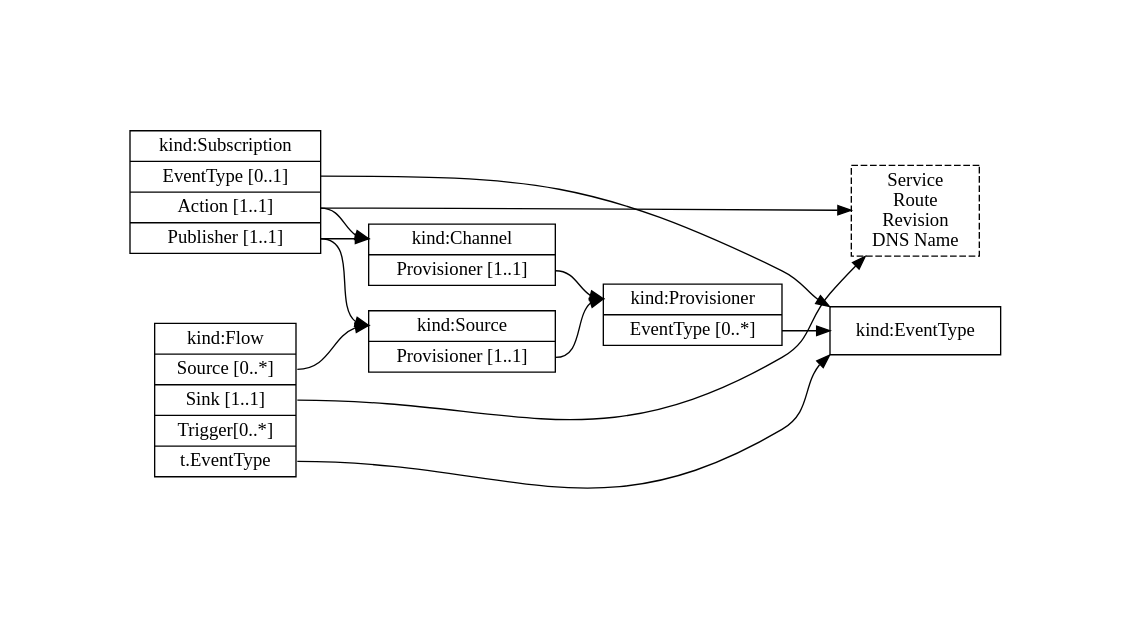
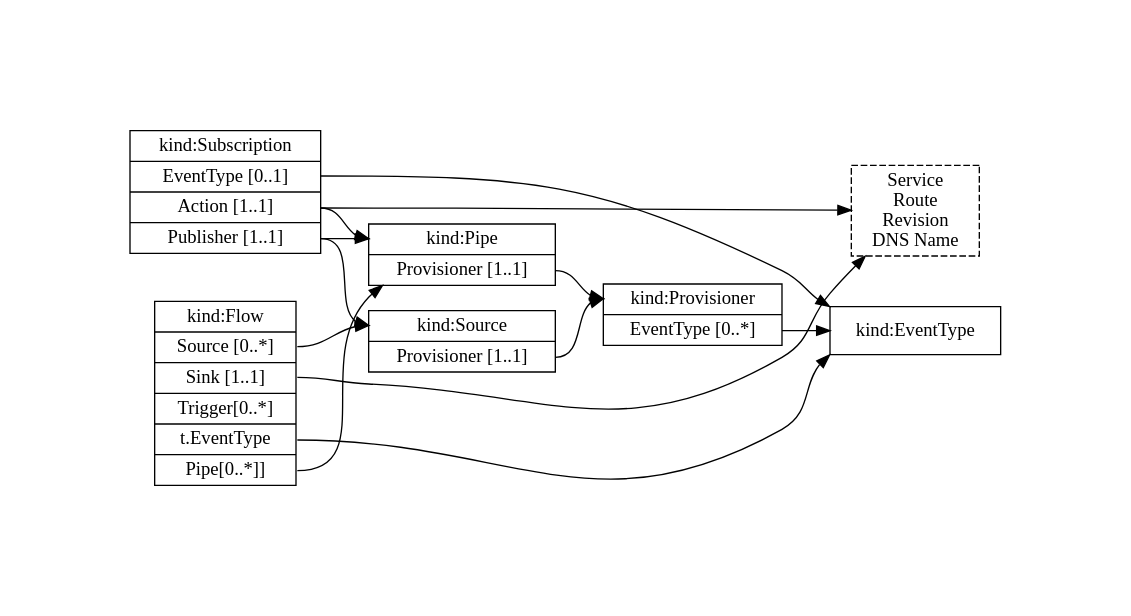
The diagram in docs/spec/images/overview-objects2.dot (n3wscott/eventing), drawn with Graphviz before and after one commit. The commit also changed 1 other file, not shown here.

```diff
--- a/docs/spec/images/overview-objects2.dot
+++ b/docs/spec/images/overview-objects2.dot
@@ -1,47 +1,48 @@
 // This is the overview graph for object refrences in the control plane.
 //
 // To reproduce the PNG, run the following:
 // $ dot -Tpng overview-objects2.dot -o overview-objects2.png
 //
 digraph G {
   rankdir=LR;
   node[shape=record];
   graph [pad="1.25"];
 
   Prov [label="<k> kind:Provisioner|<t> EventType [0..*]"];
 
   EventType [label="<k> kind:EventType"];
 
   Source [label="<k> kind:Source|<p> Provisioner [1..1]"];
 
-  Flow [label="<k> kind:Flow|<s> Source [0..*]|<a> Sink [1..1]|Trigger[0..*]|<tt> t.EventType"];
+  Flow [label="<k> kind:Flow|<s> Source [0..*]|<a> Sink [1..1]|Trigger[0..*]|<tt> t.EventType|<p> Pipe[0..*]]"];
 
-  Chan [label="<k> kind:Channel|<p> Provisioner [1..1]"];
+  Pipe [label="<k> kind:Pipe|<p> Provisioner [1..1]"];
 
   Sub [label="<k> kind:Subscription|<t> EventType [0..1]|<a> Action [1..1]|<p> Publisher [1..1]"];
 
   Sinks [shape=rectangle style=dashed; label="Service\nRoute\nRevision\nDNS Name"];
 
   Prov:t -> EventType:k;
 
   Source:p -> Prov:k;
 
   Flow:s -> Source:k;
   Flow:tt -> EventType:k;
   Flow:a -> Sinks;
+  Flow:p -> Pipe;
 
-  Chan:p -> Prov:k;
+  Pipe:p -> Prov:k;
 
   Sub:t -> EventType:k;
   Sub:p -> Source:k;
-  Sub:p -> Chan:k;
-  Sub:a -> Chan:k;
+  Sub:p -> Pipe:k;
+  Sub:a -> Pipe:k;
   Sub:a -> Sinks;
 
   {rank=same; Flow; Sub}
 //  {rank=max; Chan; Bus;}
 //  {rank=max; Bus;}
 //  {rank=min; Source; Prov; EventType;}
   {rank=min; Flow;}
   {rank=max; Sinks;}
 }
```
